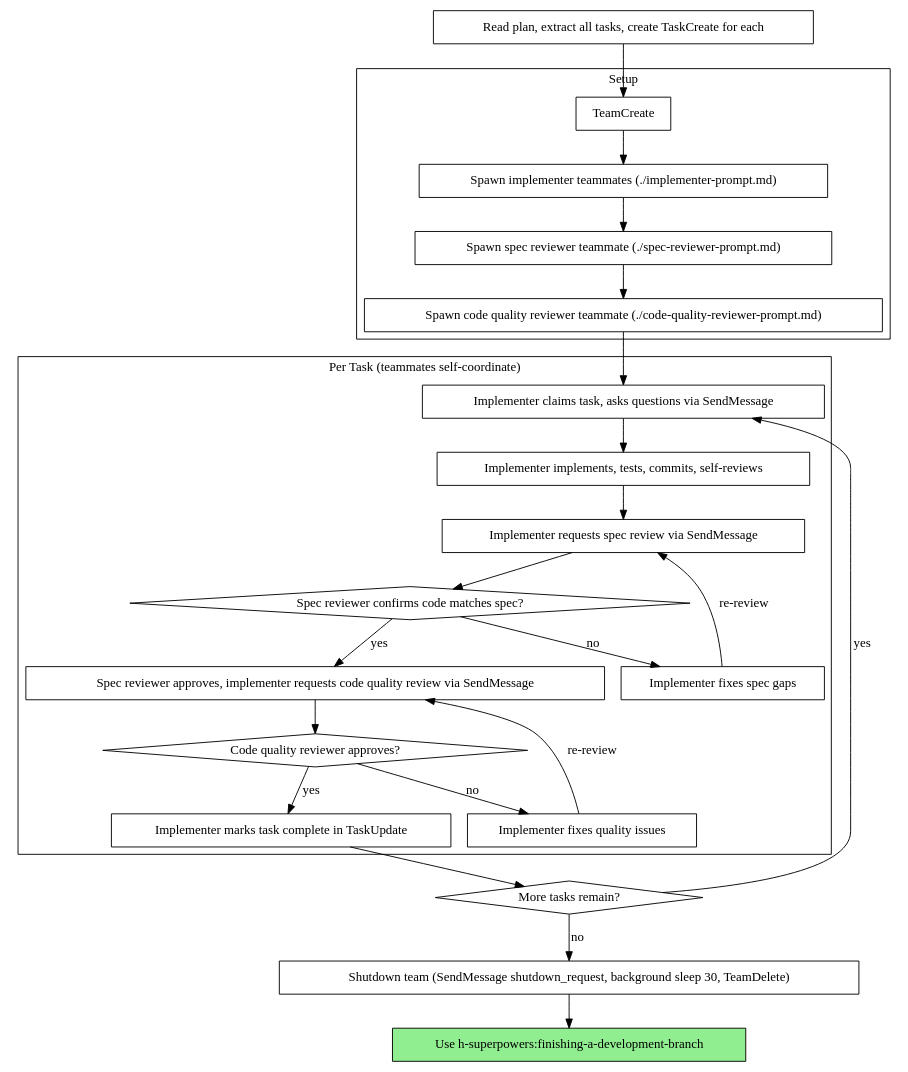
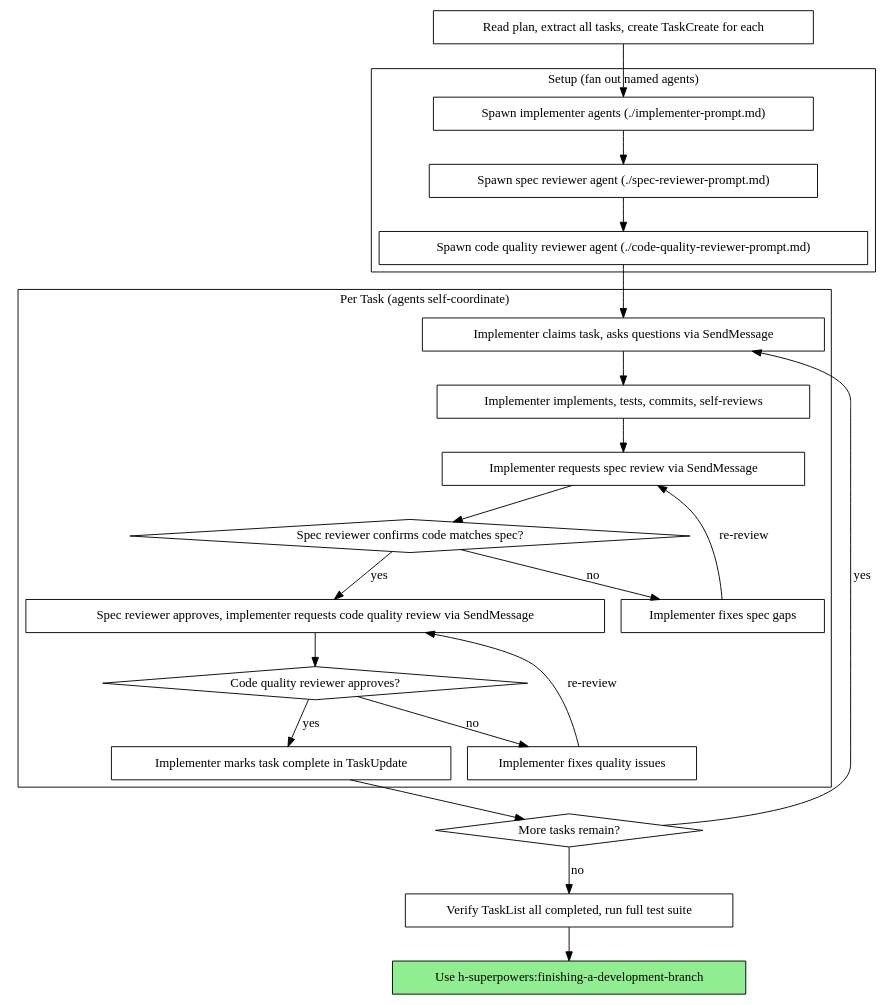
The second of 2 diagrams in skills/team-driven-development/SKILL.md (ehartye/Hartye-superpowers), drawn with Graphviz before and after one commit. The commit also changed other lines of this file and 18 other files, not shown here.

````diff
--- a/skills/team-driven-development/SKILL.md
+++ b/skills/team-driven-development/SKILL.md
@@ -47,52 +47,50 @@
 ```dot
 digraph process {
     rankdir=TB;
 
     "Read plan, extract all tasks, create TaskCreate for each" [shape=box];
 
     subgraph cluster_setup {
-        label="Setup";
-        "TeamCreate" [shape=box];
-        "Spawn implementer teammates (./implementer-prompt.md)" [shape=box];
-        "Spawn spec reviewer teammate (./spec-reviewer-prompt.md)" [shape=box];
-        "Spawn code quality reviewer teammate (./code-quality-reviewer-prompt.md)" [shape=box];
+        label="Setup (fan out named agents)";
+        "Spawn implementer agents (./implementer-prompt.md)" [shape=box];
+        "Spawn spec reviewer agent (./spec-reviewer-prompt.md)" [shape=box];
+        "Spawn code quality reviewer agent (./code-quality-reviewer-prompt.md)" [shape=box];
     }
 
     subgraph cluster_per_task {
-        label="Per Task (teammates self-coordinate)";
+        label="Per Task (agents self-coordinate)";
         "Implementer claims task, asks questions via SendMessage" [shape=box];
         "Implementer implements, tests, commits, self-reviews" [shape=box];
         "Implementer requests spec review via SendMessage" [shape=box];
         "Spec reviewer confirms code matches spec?" [shape=diamond];
         "Implementer fixes spec gaps" [shape=box];
         "Spec reviewer approves, implementer requests code quality review via SendMessage" [shape=box];
         "Code quality reviewer approves?" [shape=diamond];
         "Implementer fixes quality issues" [shape=box];
         "Implementer marks task complete in TaskUpdate" [shape=box];
     }
 
     "More tasks remain?" [shape=diamond];
-    "Shutdown team (SendMessage shutdown_request, background sleep 30, TeamDelete)" [shape=box];
+    "Verify TaskList all completed, run full test suite" [shape=box];
     "Use h-superpowers:finishing-a-development-branch" [shape=box style=filled fillcolor=lightgreen];
 
-    "Read plan, extract all tasks, create TaskCreate for each" -> "TeamCreate";
-    "TeamCreate" -> "Spawn implementer teammates (./implementer-prompt.md)";
-    "Spawn implementer teammates (./implementer-prompt.md)" -> "Spawn spec reviewer teammate (./spec-reviewer-prompt.md)";
-    "Spawn spec reviewer teammate (./spec-reviewer-prompt.md)" -> "Spawn code quality reviewer teammate (./code-quality-reviewer-prompt.md)";
-    "Spawn code quality reviewer teammate (./code-quality-reviewer-prompt.md)" -> "Implementer claims task, asks questions via SendMessage";
+    "Read plan, extract all tasks, create TaskCreate for each" -> "Spawn implementer agents (./implementer-prompt.md)";
+    "Spawn implementer agents (./implementer-prompt.md)" -> "Spawn spec reviewer agent (./spec-reviewer-prompt.md)";
+    "Spawn spec reviewer agent (./spec-reviewer-prompt.md)" -> "Spawn code quality reviewer agent (./code-quality-reviewer-prompt.md)";
+    "Spawn code quality reviewer agent (./code-quality-reviewer-prompt.md)" -> "Implementer claims task, asks questions via SendMessage";
     "Implementer claims task, asks questions via SendMessage" -> "Implementer implements, tests, commits, self-reviews";
     "Implementer implements, tests, commits, self-reviews" -> "Implementer requests spec review via SendMessage";
     "Implementer requests spec review via SendMessage" -> "Spec reviewer confirms code matches spec?";
     "Spec reviewer confirms code matches spec?" -> "Implementer fixes spec gaps" [label="no"];
     "Implementer fixes spec gaps" -> "Implementer requests spec review via SendMessage" [label="re-review"];
     "Spec reviewer confirms code matches spec?" -> "Spec reviewer approves, implementer requests code quality review via SendMessage" [label="yes"];
     "Spec reviewer approves, implementer requests code quality review via SendMessage" -> "Code quality reviewer approves?";
     "Code quality reviewer approves?" -> "Implementer fixes quality issues" [label="no"];
     "Implementer fixes quality issues" -> "Spec reviewer approves, implementer requests code quality review via SendMessage" [label="re-review"];
     "Code quality reviewer approves?" -> "Implementer marks task complete in TaskUpdate" [label="yes"];
     "Implementer marks task complete in TaskUpdate" -> "More tasks remain?";
     "More tasks remain?" -> "Implementer claims task, asks questions via SendMessage" [label="yes"];
-    "More tasks remain?" -> "Shutdown team (SendMessage shutdown_request, background sleep 30, TeamDelete)" [label="no"];
-    "Shutdown team (SendMessage shutdown_request, background sleep 30, TeamDelete)" -> "Use h-superpowers:finishing-a-development-branch";
+    "More tasks remain?" -> "Verify TaskList all completed, run full test suite" [label="no"];
+    "Verify TaskList all completed, run full test suite" -> "Use h-superpowers:finishing-a-development-branch";
 }
 ```
````
